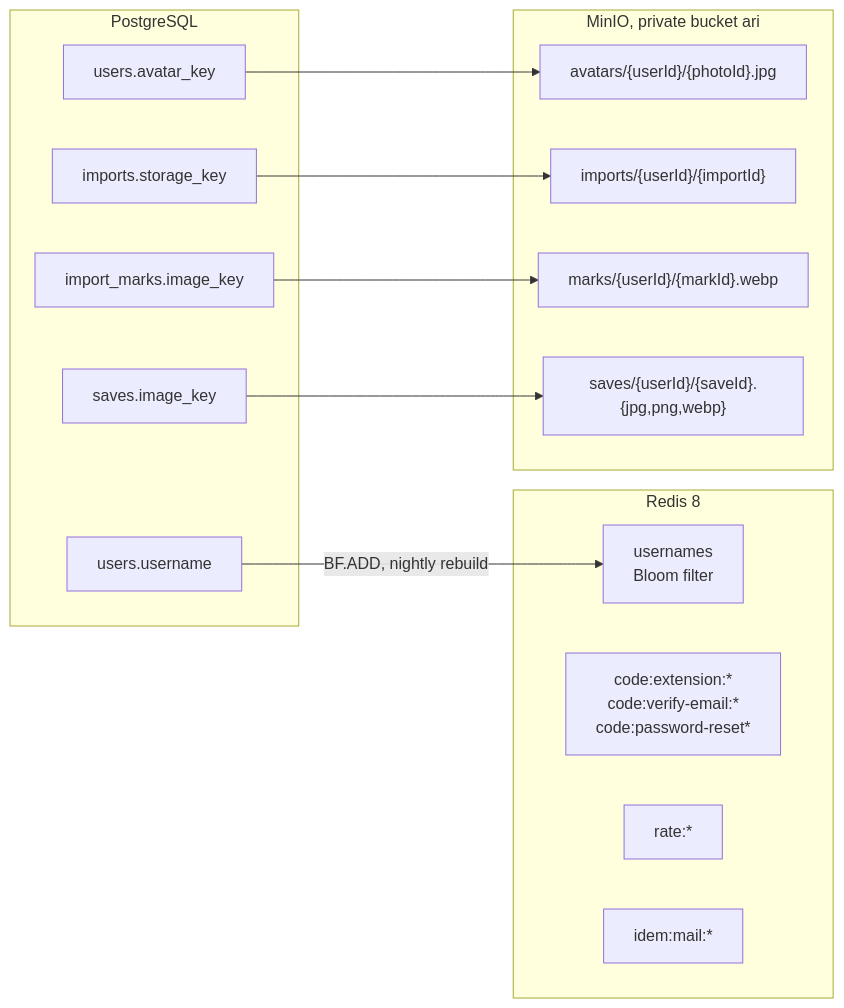
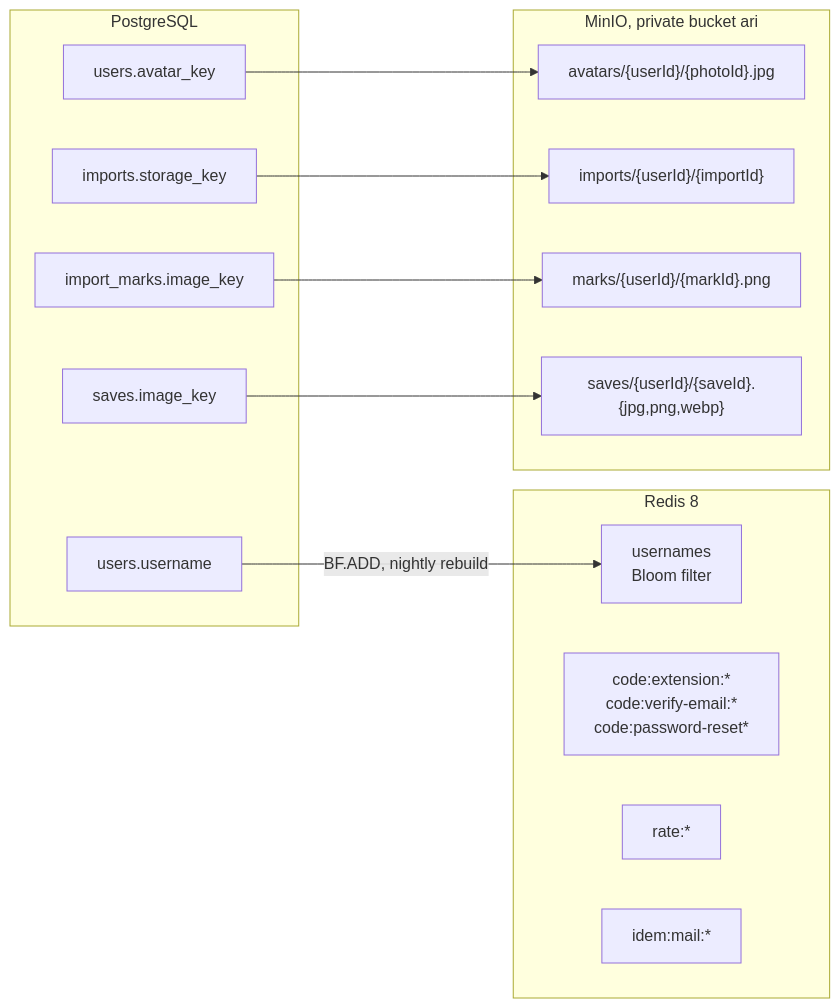
The eighth of 8 diagrams in docs/database.md (salimsalimzade/ari-api), drawn with Mermaid before and after one commit. The commit also changed other lines of this file and 87 other files, not shown here.

````diff
--- a/docs/database.md
+++ b/docs/database.md
@@ -385,27 +387,27 @@
 ```mermaid
 flowchart LR
   subgraph pg["PostgreSQL"]
     username["users.username"]
     avatar["users.avatar_key"]
     upload["imports.storage_key"]
     markImage["import_marks.image_key"]
     saveImage["saves.image_key"]
   end
   subgraph redis["Redis 8"]
     bloom["usernames<br/>Bloom filter"]
     codes["code:extension:*<br/>code:verify-email:*<br/>code:password-reset*"]
     rate["rate:*"]
     idem["idem:mail:*"]
   end
   subgraph files["MinIO, private bucket ari"]
     avatars["avatars/{userId}/{photoId}.jpg"]
     imports["imports/{userId}/{importId}"]
-    marks["marks/{userId}/{markId}.webp"]
+    marks["marks/{userId}/{markId}.png"]
     saves["saves/{userId}/{saveId}.{jpg,png,webp}"]
   end
   username -- "BF.ADD, nightly rebuild" --> bloom
   avatar --> avatars
   upload --> imports
   markImage --> marks
   saveImage --> saves
 ```
````
